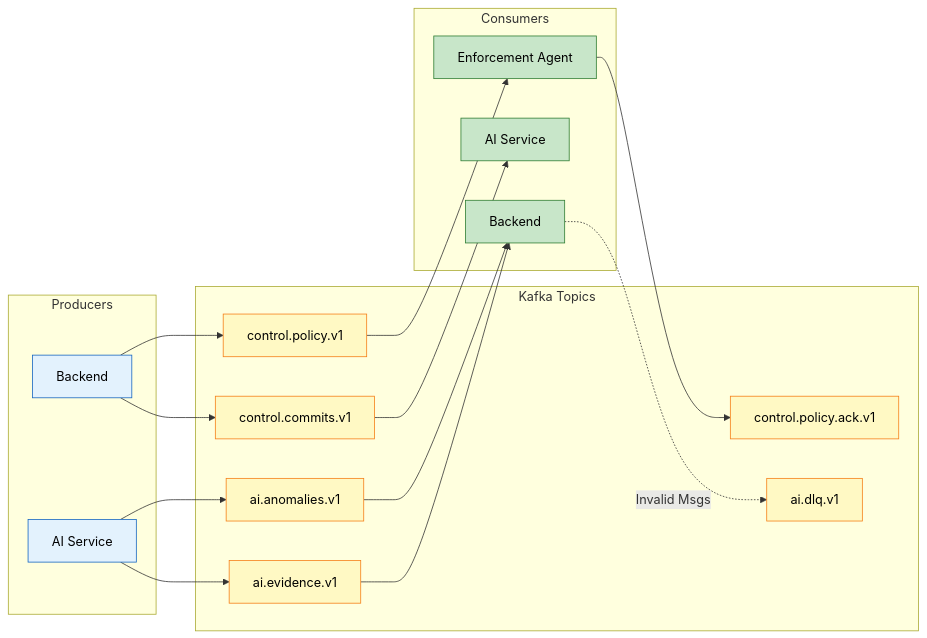
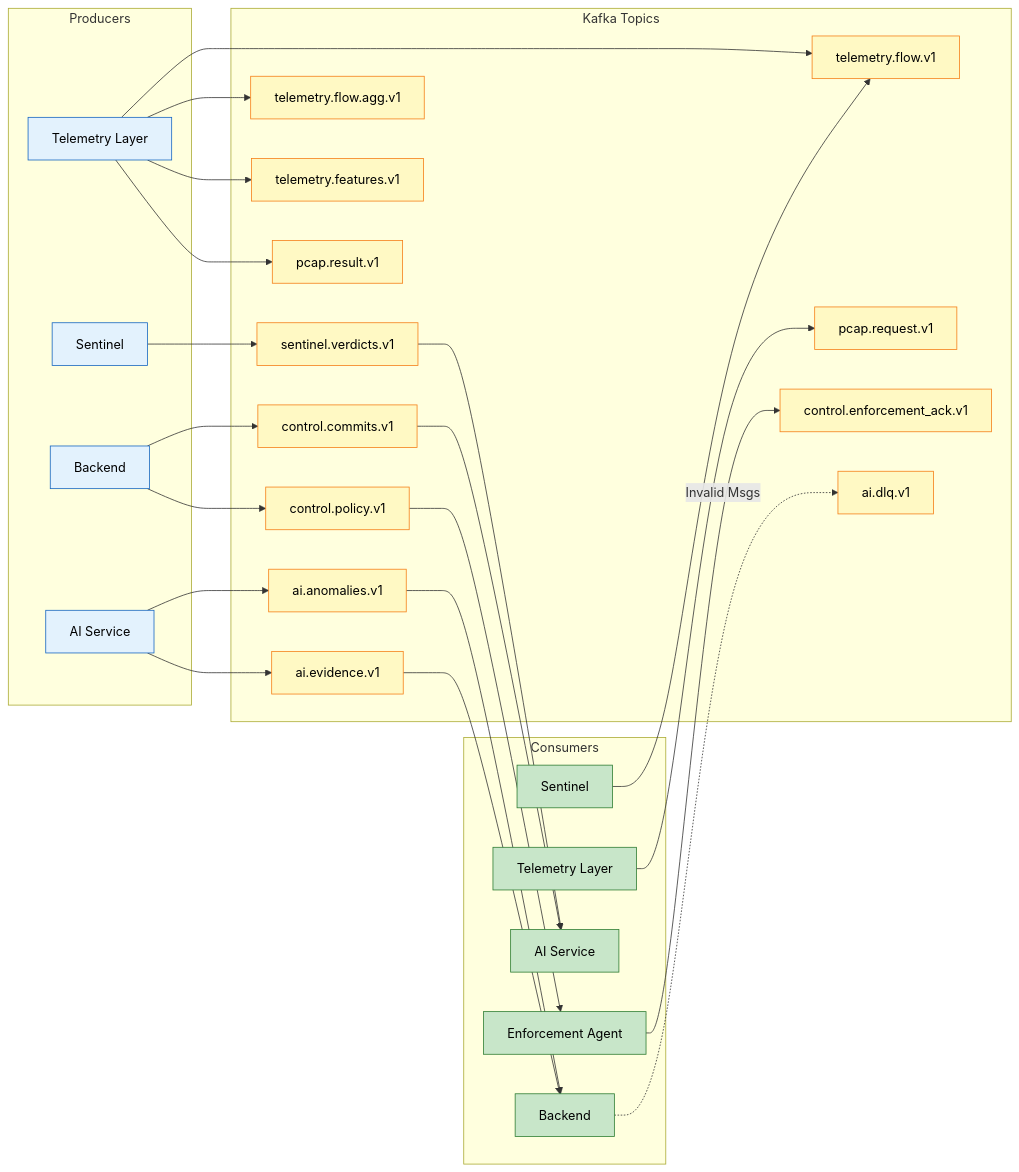
Before and after one commit to EveShark/CyberMesh: the seventh of 7 diagrams in docs/design/HLD.md, drawn with Mermaid. The commit also changed other lines of this file and 49 other files, not shown here.

````diff
--- a/docs/design/HLD.md
+++ b/docs/design/HLD.md
@@ -339,40 +410,55 @@
 ```mermaid
 graph LR
     subgraph Producers
+        TL_P[Telemetry Layer]
+        S_P[Sentinel]
         AI_P[AI Service]
         BE_P[Backend]
     end
     
     subgraph Topics["Kafka Topics"]
+        F1[telemetry.flow.v1]
+        F2[sentinel.verdicts.v1]
+        F3[telemetry.flow.agg.v1]
+        F4[telemetry.features.v1]
+        F5[pcap.request.v1]
+        F6[pcap.result.v1]
         T1[ai.anomalies.v1]
         T2[ai.evidence.v1]
         T3[control.commits.v1]
         T4[control.policy.v1]
-        T5[control.policy.ack.v1]
+        T5[control.enforcement_ack.v1]
         T6[ai.dlq.v1]
     end
     
     subgraph Consumers
+        S_C[Sentinel]
         BE_C[Backend]
         AI_C[AI Service]
         EA_C[Enforcement Agent]
+        TL_C[Telemetry Layer]
     end
     
+    TL_P --> F1 & F3 & F4 & F6
+    S_C --> F1
+    S_P --> F2
+    TL_C --> F5
     AI_P --> T1 & T2
     BE_P --> T3 & T4
     EA_C --> T5
     
+    F2 --> AI_C
     T1 & T2 --> BE_C
     T3 --> AI_C
     T4 --> EA_C
     
     BE_C -.->|Invalid Msgs| T6
     
     classDef producer fill:#e3f2fd,stroke:#1565c0,color:#000;
     classDef topic fill:#fff9c4,stroke:#f57f17,color:#000;
     classDef consumer fill:#c8e6c9,stroke:#2e7d32,color:#000;
     
-    class AI_P,BE_P producer;
-    class T1,T2,T3,T4,T5,T6 topic;
-    class BE_C,AI_C,EA_C consumer;
+    class AI_P,BE_P,TL_P,S_P producer;
+    class F1,F2,F3,F4,F5,F6,T1,T2,T3,T4,T5,T6 topic;
+    class S_C,BE_C,AI_C,EA_C,TL_C consumer;
 ```
````
